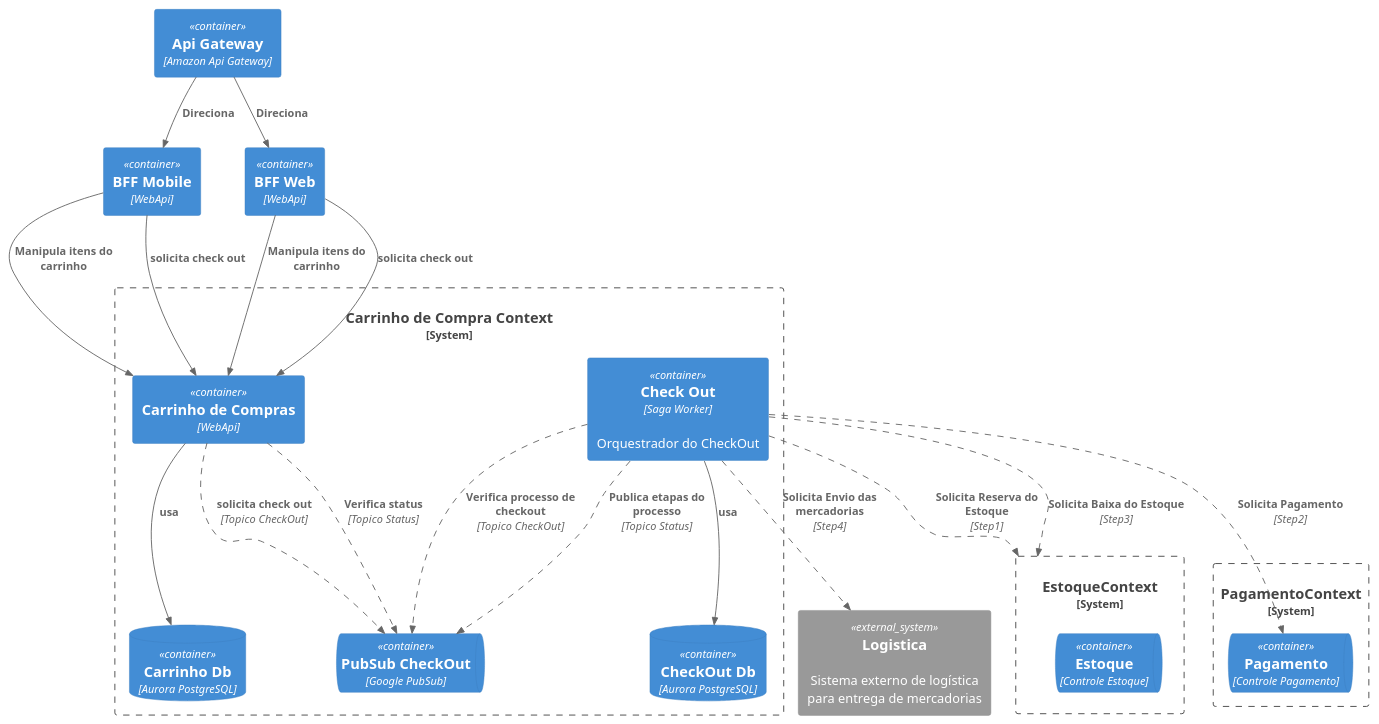
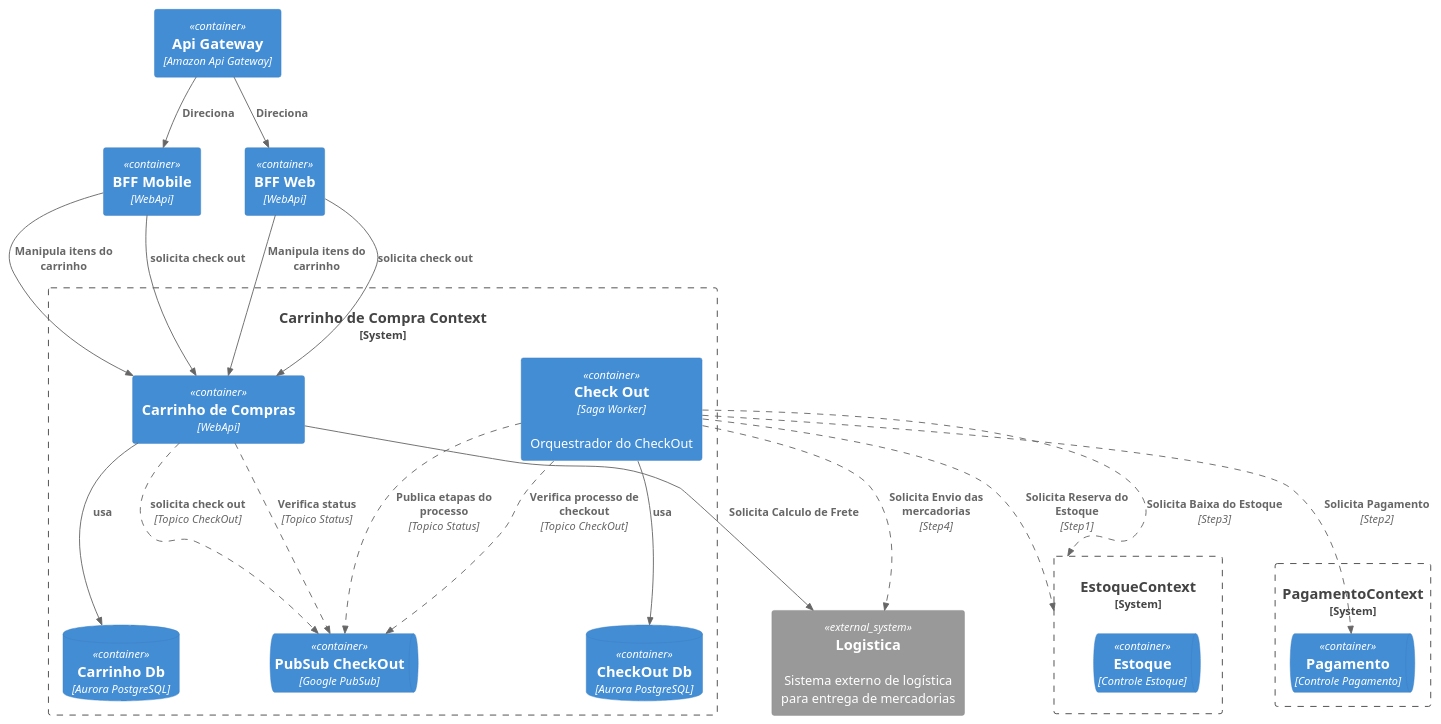
Before and after one commit to andrearima/infnet-arquitetura-microservicos: the diagram in src/CarrinhoCompraContext.puml, drawn with PlantUML.

Commit message:
no message

```diff
--- a/src/CarrinhoCompraContext.puml
+++ b/src/CarrinhoCompraContext.puml
@@ -1,56 +1,57 @@
 @startuml
 
 !include https://raw.githubusercontent.com/plantuml-stdlib/c4-PlantUML/master/C4_Container.puml
 !include https://raw.githubusercontent.com/plantuml-stdlib/C4-PlantUML/master/C4_Component.puml
 AddRelTag("async", $lineStyle = DashedLine())
 
 Container(apiGateway, "Api Gateway","Amazon Api Gateway")
 Container(bffApp, "BFF Mobile", "WebApi"){
     Rel(apiGateway, bffApp, "Direciona")
 }
 Container(bffWeb, "BFF Web", "WebApi"){
     Rel(apiGateway, bffWeb, "Direciona")
 }
 System_Boundary(estoque, "EstoqueContext"){
     ContainerQueue(pubSubEstoque, "Estoque","Controle Estoque")
 }
 System_Boundary(pagamento, "PagamentoContext"){
     ContainerQueue(pubSubPagamento, "Pagamento","Controle Pagamento")
 }
 System_Ext(sistemaLogistica,"Logistica","Sistema externo de logística para entrega de mercadorias")
 System_Boundary(carrinhoContext, "Carrinho de Compra Context"){
 
     Container(carrinho, "Carrinho de Compras", "WebApi"){
         Rel(bffApp, carrinho, "Manipula itens do carrinho")
         Rel(bffApp, carrinho, "solicita check out","")
 
         Rel(bffWeb, carrinho, "Manipula itens do carrinho")
         Rel(bffWeb, carrinho, "solicita check out","")
+        Rel(carrinho, sistemaLogistica, "Solicita Calculo de Frete")
     }
     ContainerDb(carrinhoDb, "Carrinho Db", "Aurora PostgreSQL"){
         Rel(carrinho, carrinhoDb, "usa")
     }
 
     ContainerQueue(pubSubCheckOut, "PubSub CheckOut", "Google PubSub"){
         Rel(carrinho, pubSubCheckOut, "solicita check out", "Topico CheckOut", $tags="async")
         Rel(carrinho, pubSubCheckOut, "Verifica status","Topico Status", $tags="async")
     }
 
     Container(checkOut, "Check Out", "Saga Worker", "Orquestrador do CheckOut"){
         Rel(checkOut, pubSubCheckOut, "Verifica processo de checkout","Topico CheckOut",  $tags="async")
         Rel(checkOut, pubSubCheckOut, "Publica etapas do processo","Topico Status", $tags="async")
 
         Rel(checkOut, estoque, "Solicita Reserva do Estoque", "Step1", $tags="async")
         Rel(checkOut, pubSubPagamento, "Solicita Pagamento", "Step2", $tags="async")
 
         Rel(checkOut, estoque, "Solicita Baixa do Estoque", "Step3", $tags="async")
         Rel(checkOut, sistemaLogistica, "Solicita Envio das mercadorias", "Step4", $tags="async")
     }
     ContainerDb(checkOutDb, "CheckOut Db", "Aurora PostgreSQL"){
         Rel(checkOut, checkOutDb, "usa")
     }
 
 
 }
 
 @enduml
```
